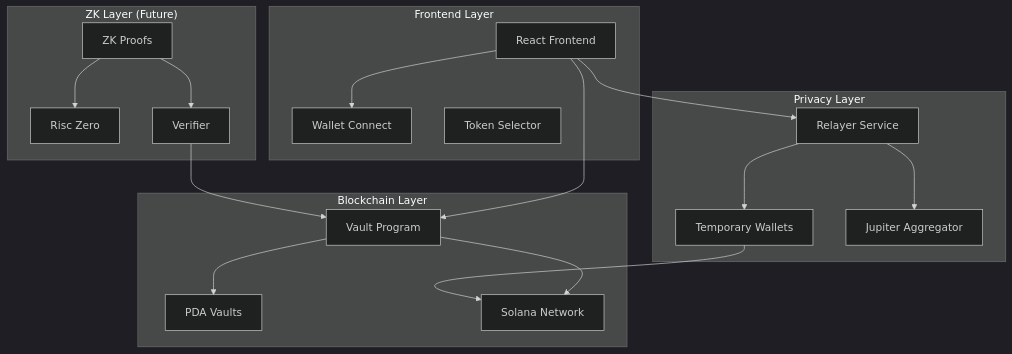
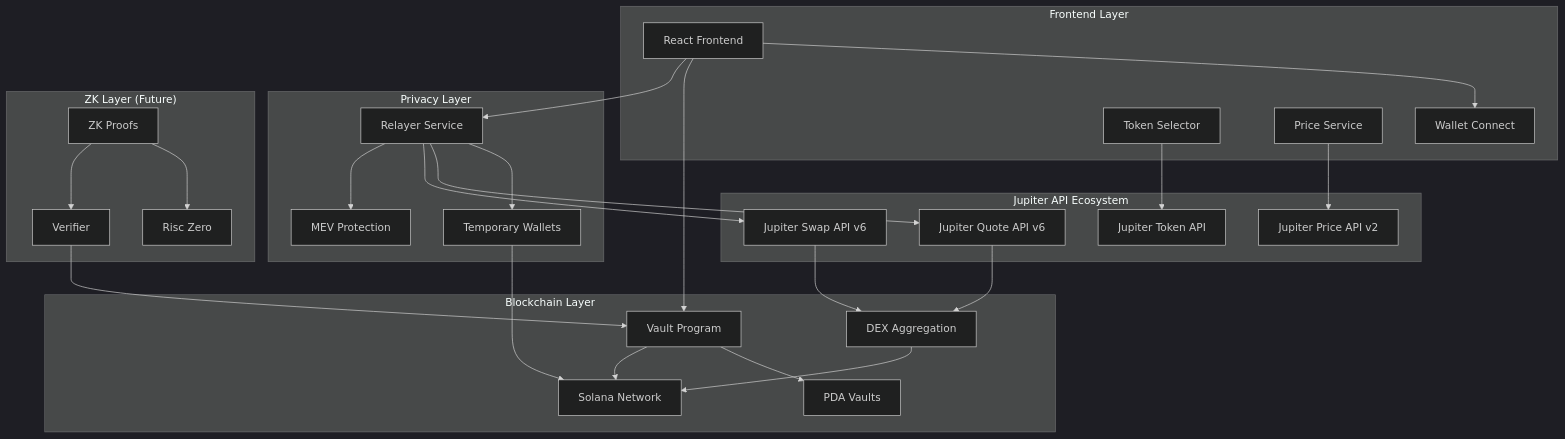
One commit to 0xrish/miko changed the first of 3 diagrams in README.md. Above: the diagram before and after it, drawn with Mermaid (dark theme). The commit also changed other lines of this file, not shown here.

````diff
--- a/README.md
+++ b/README.md
@@ -21,38 +113,54 @@
 ```mermaid
 graph TB
     subgraph "Frontend Layer"
         UI[React Frontend]
         WC[Wallet Connect]
         TS[Token Selector]
+        PS[Price Service]
+    end
+    
+    subgraph "Jupiter API Ecosystem"
+        JQ[Jupiter Quote API v6]
+        JS[Jupiter Swap API v6]
+        JT[Jupiter Token API]
+        JP[Jupiter Price API v2]
     end
     
     subgraph "Blockchain Layer"
         VP[Vault Program]
         PDA[PDA Vaults]
         SOL[Solana Network]
+        DEX[DEX Aggregation]
     end
     
     subgraph "Privacy Layer"
         RS[Relayer Service]
         TW[Temporary Wallets]
-        JUP[Jupiter Aggregator]
+        MEV[MEV Protection]
     end
     
     subgraph "ZK Layer (Future)"
         ZKP[ZK Proofs]
         RZ[Risc Zero]
         VER[Verifier]
     end
     
     UI --> WC
     UI --> VP
     UI --> RS
+    TS --> JT
+    PS --> JP
     VP --> PDA
     VP --> SOL
     RS --> TW
-    RS --> JUP
+    RS --> JQ
+    RS --> JS
+    RS --> MEV
+    JQ --> DEX
+    JS --> DEX
     TW --> SOL
+    DEX --> SOL
     ZKP --> RZ
     ZKP --> VER
     VER --> VP
 ```
````
